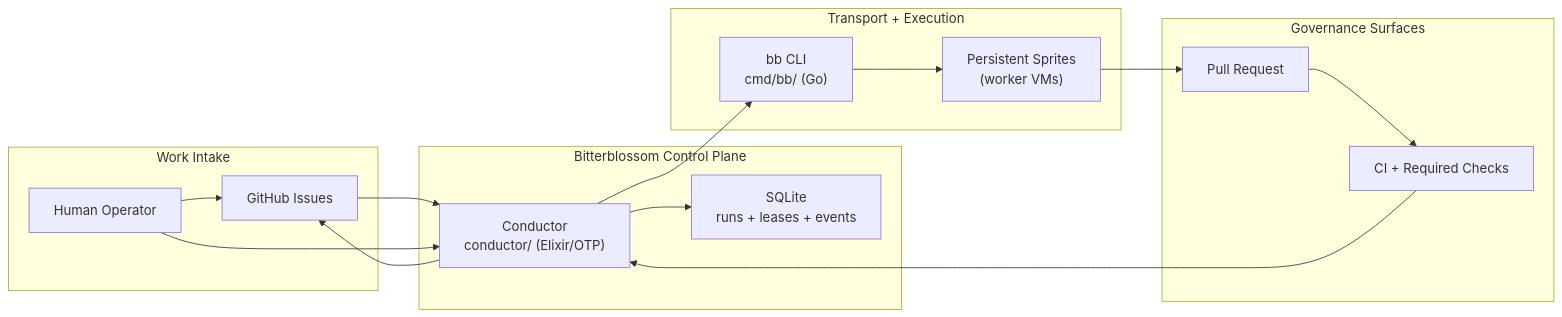
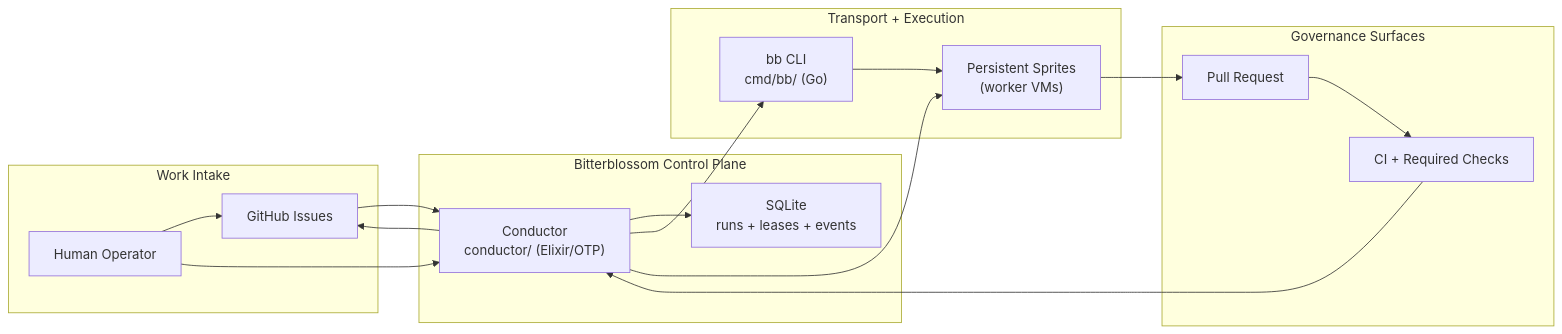
One commit to misty-step/bitterblossom changed the first of 2 diagrams in docs/architecture/README.md. Above: the diagram before and after it, drawn with Mermaid. The commit also changed other lines of this file and 1 other file, not shown here.

First line of the commit message:
docs: address remaining diagram and link inconsistencies

````diff
--- a/docs/architecture/README.md
+++ b/docs/architecture/README.md
@@ -22,33 +22,34 @@
 ```mermaid
 flowchart LR
     subgraph Inputs["Work Intake"]
         GH["GitHub Issues"]
         Ops["Human Operator"]
     end
 
     subgraph Control["Bitterblossom Control Plane"]
         Conductor["Conductor\nconductor/ (Elixir/OTP)"]
         DB["SQLite\nruns + leases + events"]
     end
 
     subgraph Runtime["Transport + Execution"]
         BB["bb CLI\ncmd/bb/ (Go)"]
         Sprites["Persistent Sprites\n(worker VMs)"]
     end
 
     subgraph Review["Governance Surfaces"]
         PR["Pull Request"]
         CI["CI + Required Checks"]
     end
 
     GH --> Conductor
     Ops --> GH
     Ops --> Conductor
     Conductor --> DB
     Conductor --> BB
+    Conductor --> Sprites
     BB --> Sprites
     Sprites --> PR
     PR --> CI
     CI --> Conductor
     Conductor --> GH
 ```
````
